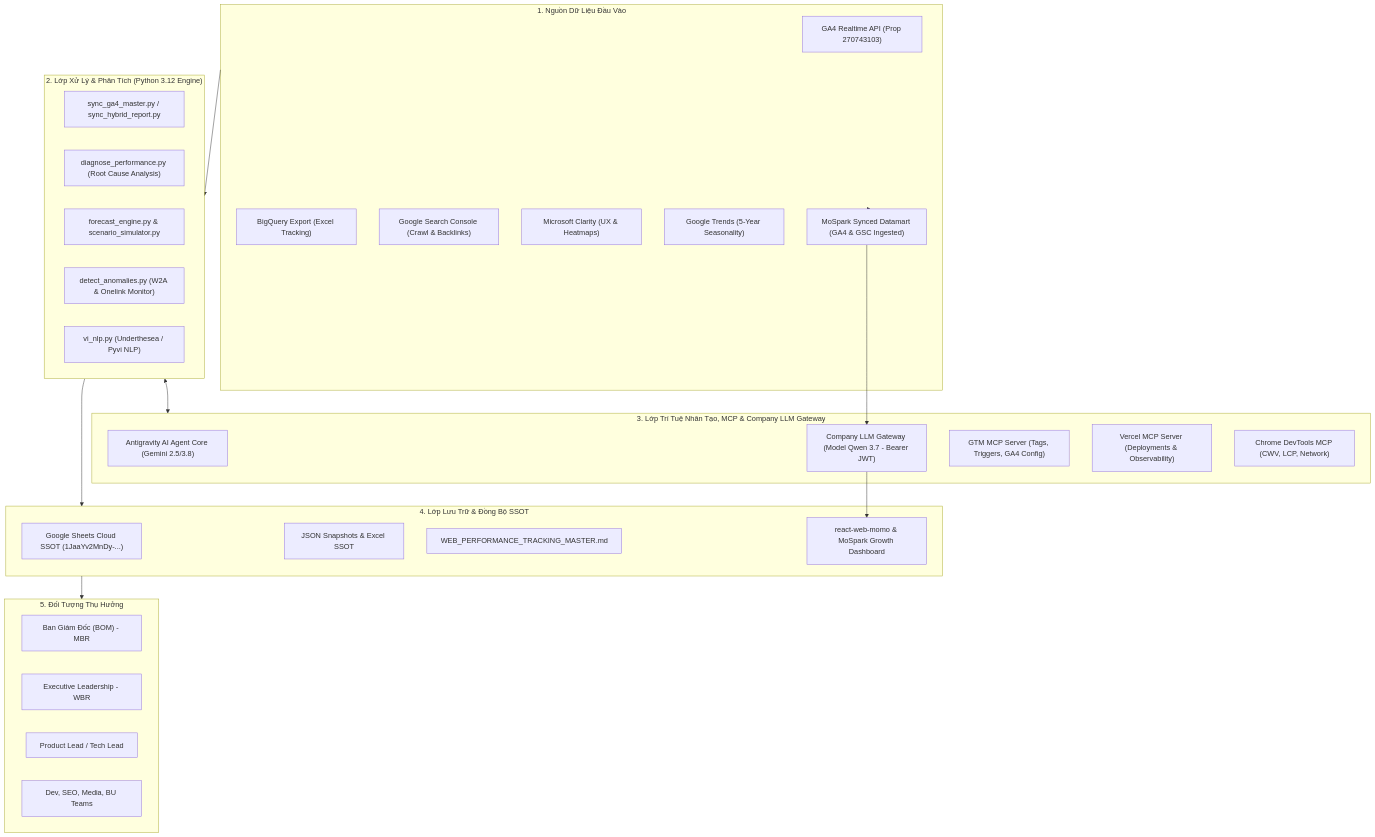
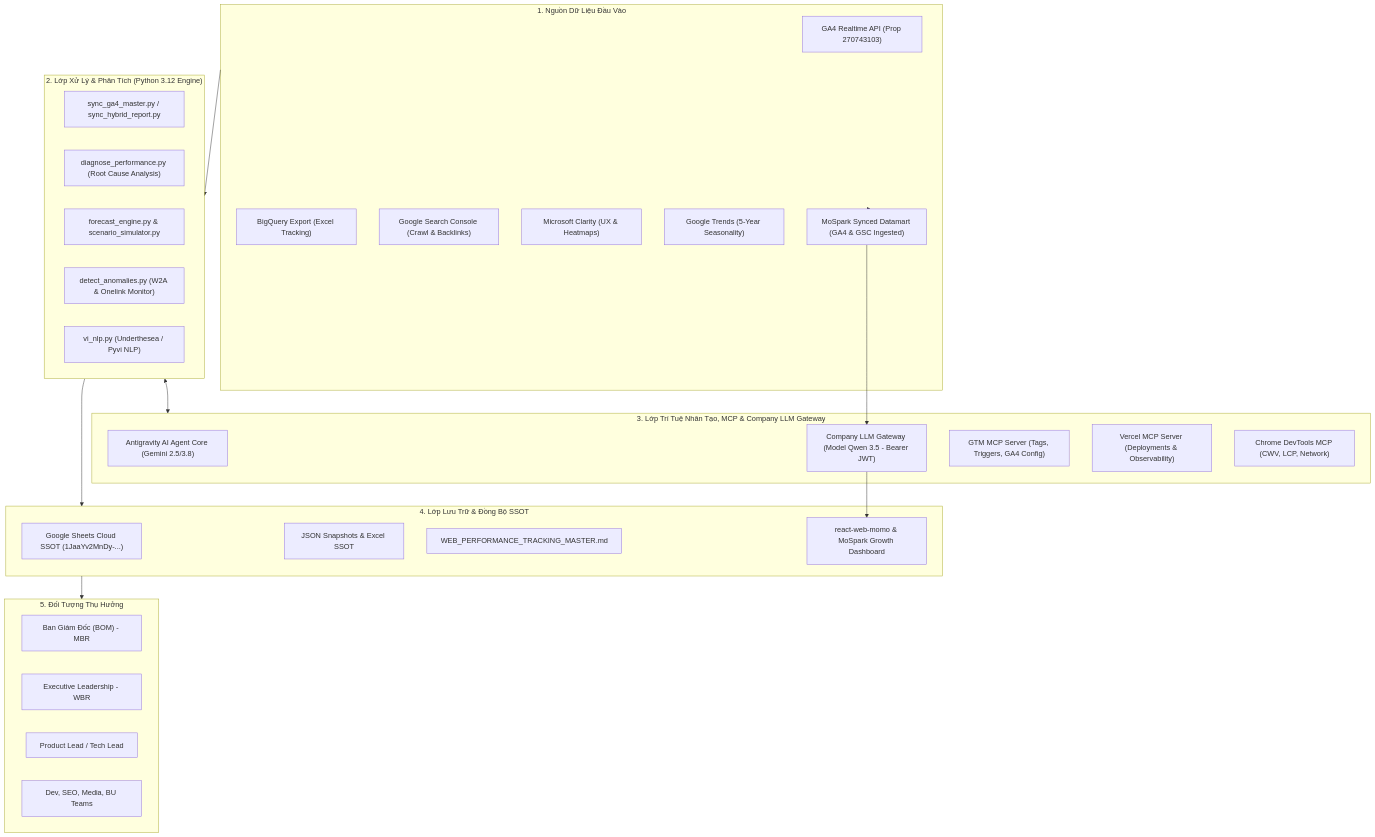
Before and after one commit to vanhien26/hienho-knowledgebase: the diagram in 07_REPORTS/docs/monthly-reporting-tool-architecture.md, drawn with Mermaid. The commit also changed other lines of this file and 47 other files, not shown here.

Commit message:
feat(hubs, reports): sync Cinema roadmap, update Financial BRD, performance tracking and add 30/10 recaps

````diff
--- a/07_REPORTS/docs/monthly-reporting-tool-architecture.md
+++ b/07_REPORTS/docs/monthly-reporting-tool-architecture.md
@@ -10,49 +10,49 @@
 ```mermaid
 flowchart TD
     subgraph Data_Sources ["1. Nguồn Dữ Liệu Đầu Vào"]
         GA4["GA4 Realtime API (Prop 270743103)"]
         BQ["BigQuery Export (Excel Tracking)"]
         GSC["Google Search Console (Crawl & Backlinks)"]
         Clarity["Microsoft Clarity (UX & Heatmaps)"]
         Trends["Google Trends (5-Year Seasonality)"]
         MoSpark_Data["MoSpark Synced Datamart (GA4 & GSC Ingested)"]
     end
 
     subgraph Core_Engine ["2. Lớp Xử Lý & Phân Tích (Python 3.12 Engine)"]
         SyncMaster["sync_ga4_master.py / sync_hybrid_report.py"]
         Diagnose["diagnose_performance.py (Root Cause Analysis)"]
         Forecast["forecast_engine.py & scenario_simulator.py"]
         Anomaly["detect_anomalies.py (W2A & Onelink Monitor)"]
         NLP["vi_nlp.py (Underthesea / Pyvi NLP)"]
     end
 
     subgraph Agent_MCP ["3. Lớp Trí Tuệ Nhân Tạo, MCP & Company LLM Gateway"]
         Antigravity["Antigravity AI Agent Core (Gemini 2.5/3.8)"]
-        QwenGateway["Company LLM Gateway (Model Qwen 3.7 - Bearer JWT)"]
+        QwenGateway["Company LLM Gateway (Model Qwen 3.5 - Bearer JWT)"]
         GTM_MCP["GTM MCP Server (Tags, Triggers, GA4 Config)"]
         Vercel_MCP["Vercel MCP Server (Deployments & Observability)"]
         DevTools_MCP["Chrome DevTools MCP (CWV, LCP, Network)"]
     end
 
     subgraph Storage_SSOT ["4. Lớp Lưu Trữ & Đồng Bộ SSOT"]
         GSheets["Google Sheets Cloud SSOT (1JaaYv2MnDy-...)"]
         LocalSnapshots["JSON Snapshots & Excel SSOT"]
         MarkdownSSOT["WEB_PERFORMANCE_TRACKING_MASTER.md"]
         DashboardRepo["react-web-momo & MoSpark Growth Dashboard"]
     end
 
     subgraph Stakeholders ["5. Đối Tượng Thụ Hưởng"]
         Board["Ban Giám Đốc (BOM) - MBR"]
         Exec["Executive Leadership - WBR"]
         Product["Product Lead / Tech Lead"]
         Squads["Dev, SEO, Media, BU Teams"]
     end
 
     Data_Sources --> Core_Engine
     Data_Sources -.-> MoSpark_Data
     MoSpark_Data --> QwenGateway
     Core_Engine <--> Agent_MCP
     QwenGateway --> DashboardRepo
     Core_Engine --> Storage_SSOT
     Storage_SSOT --> Stakeholders
 ```
````
